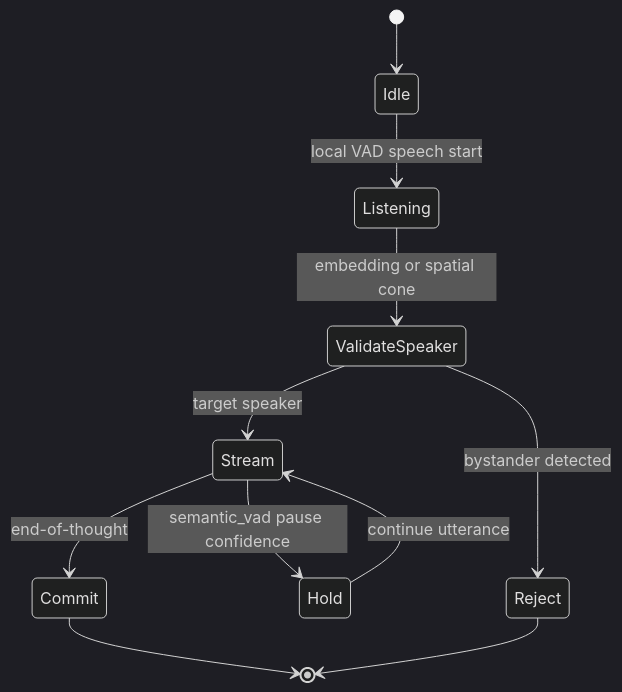
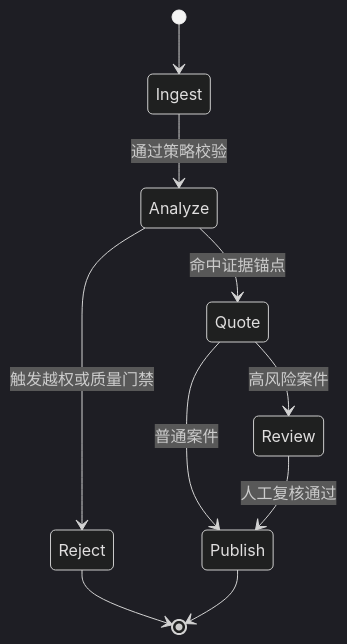
The second of 2 diagrams in docs/azure-agent-infra/noisy-far-field-voice-agent-edge-deepfilternet-voicefilter-vs-acs-webrtc-speech-vs-aoai-realtime-selection-faq.md (turbo998/ai-infra-lab), drawn with Mermaid (dark theme) before and after one commit. The commit also changed other lines of this file and 5 other files, not shown here.

````diff
--- a/docs/azure-agent-infra/noisy-far-field-voice-agent-edge-deepfilternet-voicefilter-vs-acs-webrtc-speech-vs-aoai-realtime-selection-faq.md
+++ b/docs/azure-agent-infra/noisy-far-field-voice-agent-edge-deepfilternet-voicefilter-vs-acs-webrtc-speech-vs-aoai-realtime-selection-faq.md
@@ -52,13 +77,12 @@
 ```mermaid
 stateDiagram-v2
-  [*] --> Idle
-  Idle --> Listening: local VAD speech start
-  Listening --> ValidateSpeaker: embedding or spatial cone
-  ValidateSpeaker --> Reject: bystander detected
-  ValidateSpeaker --> Stream: target speaker
-  Stream --> Hold: semantic_vad pause confidence
-  Hold --> Stream: continue utterance
-  Stream --> Commit: end-of-thought
-  Commit --> [*]
+  [*] --> Ingest
+  Ingest --> Analyze: 通过策略校验
+  Analyze --> Quote: 命中证据锚点
+  Quote --> Review: 高风险案件
+  Quote --> Publish: 普通案件
+  Review --> Publish: 人工复核通过
+  Analyze --> Reject: 触发越权或质量门禁
   Reject --> [*]
+  Publish --> [*]
 ```
````
